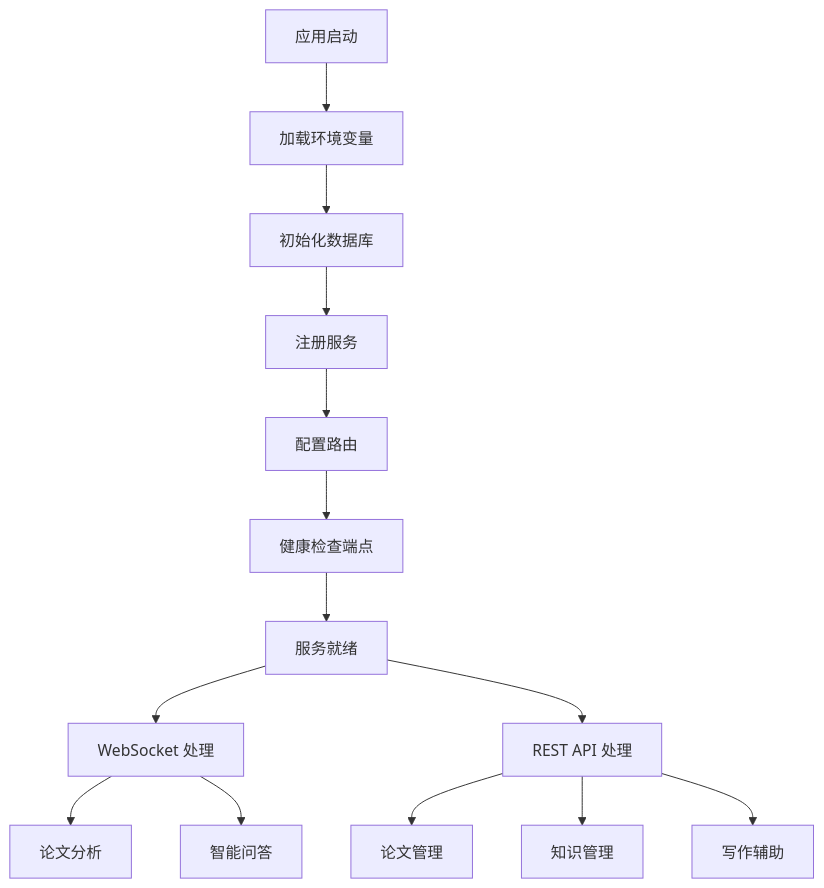
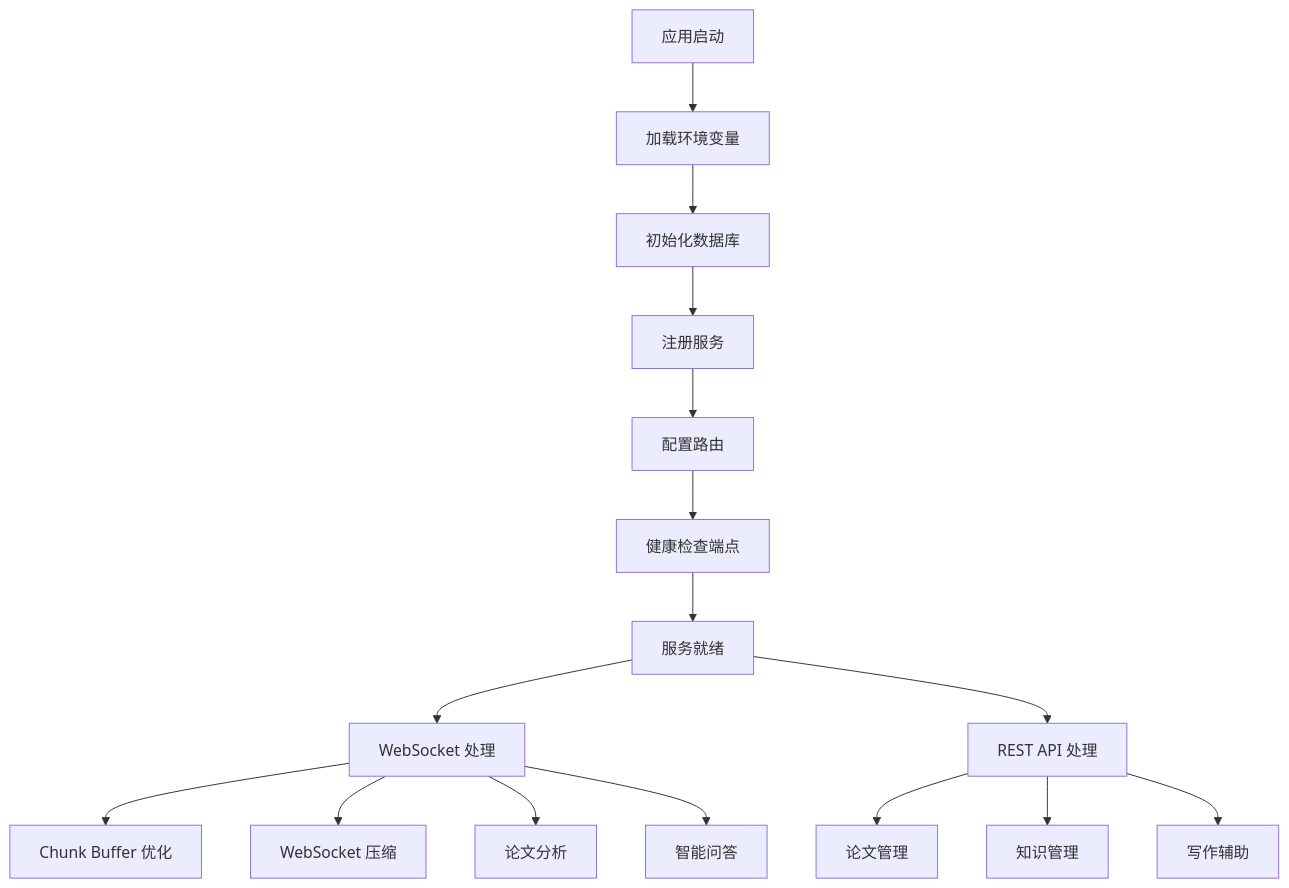
Before and after one commit to laohanhahaha/PaperChat: the second of 10 diagrams in .qoder/repowiki/zh/content/容器化部署.md, drawn with Mermaid. The commit also changed other lines of this file and 59 other files, not shown here.

````diff
--- a/.qoder/repowiki/zh/content/容器化部署.md
+++ b/.qoder/repowiki/zh/content/容器化部署.md
@@ -96,16 +110,18 @@
 ```mermaid
 flowchart TD
 START[应用启动] --> ENV[加载环境变量]
 ENV --> DB[初始化数据库]
 DB --> SERVICES[注册服务]
 SERVICES --> ROUTES[配置路由]
 ROUTES --> HEALTH[健康检查端点]
 HEALTH --> READY[服务就绪]
 READY --> WS[WebSocket 处理]
 READY --> API[REST API 处理]
+WS --> BUFFER[Chunk Buffer 优化]
+WS --> COMPRESS[WebSocket 压缩]
 WS --> ANALYZE[论文分析]
 WS --> CHAT[智能问答]
 API --> PAPERS[论文管理]
 API --> KNOWLEDGE[知识管理]
 API --> WRITING[写作辅助]
 ```
````
